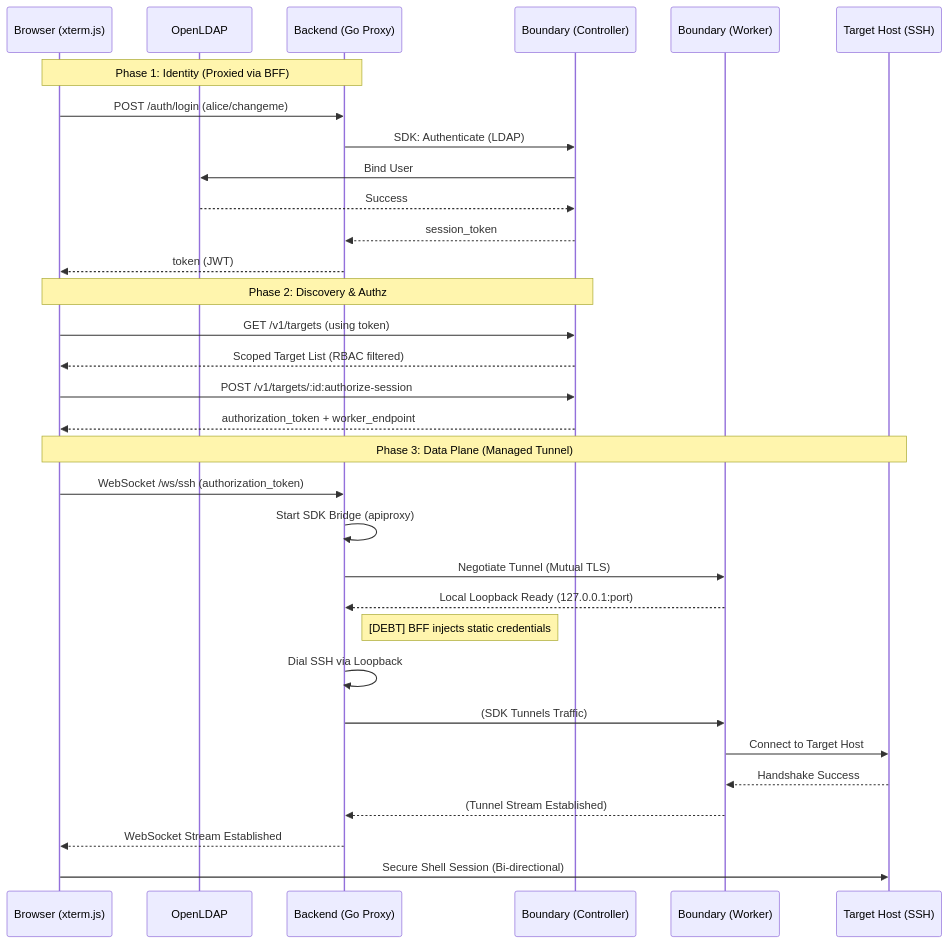
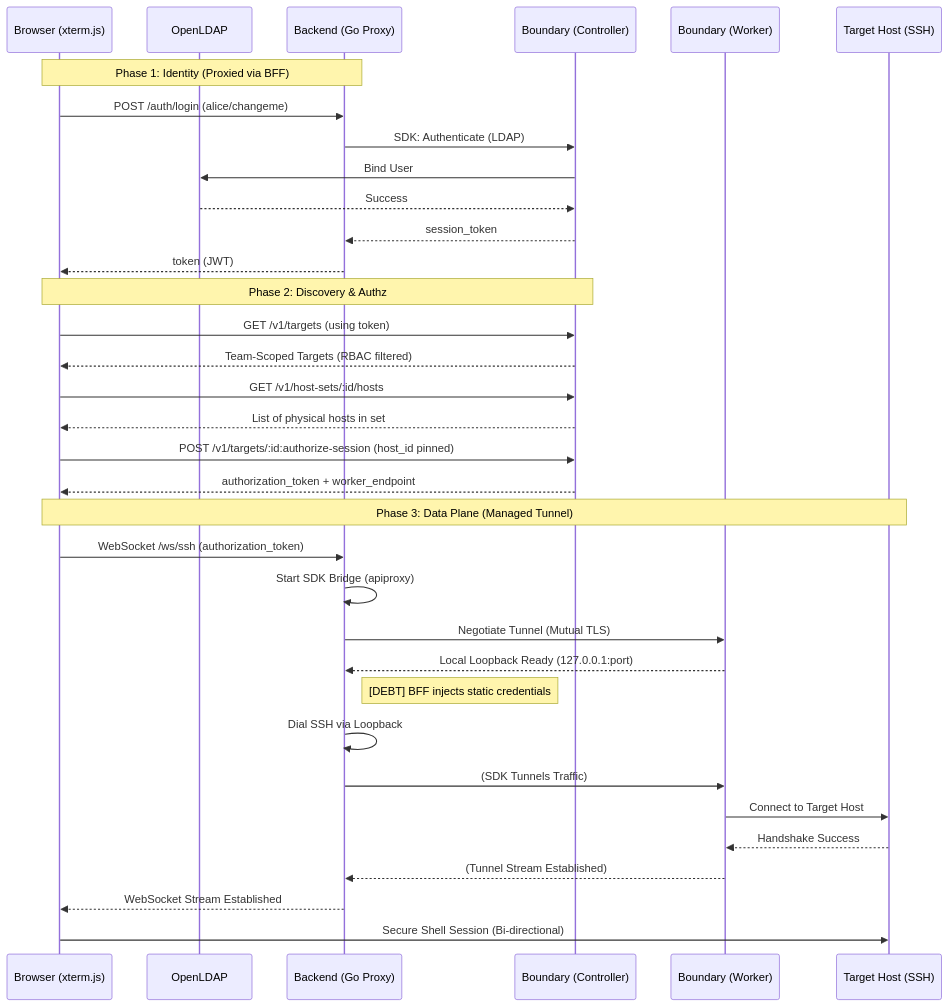
Before and after one commit to arsenyspb/comet-boundary: the second of 2 diagrams in README.md, drawn with Mermaid. The commit also changed other lines of this file and 7 other files, not shown here.

First line of the commit message:
feat: implement HVD host abstraction and team isolation

````diff
--- a/README.md
+++ b/README.md
@@ -62,38 +72,40 @@
 ```mermaid
 sequenceDiagram
     participant User as Browser (xterm.js)
     participant LDAP as OpenLDAP
     participant Back as Backend (Go Proxy)
     participant Bound as Boundary (Controller)
     participant Work as Boundary (Worker)
     participant Host as Target Host (SSH)
 
     Note over User,Back: Phase 1: Identity (Proxied via BFF)
     User->>Back: POST /auth/login (alice/changeme)
     Back->>Bound: SDK: Authenticate (LDAP)
     Bound->>LDAP: Bind User
     LDAP-->>Bound: Success
     Bound-->>Back: session_token
     Back-->>User: token (JWT)
 
     Note over User,Bound: Phase 2: Discovery & Authz
     User->>Bound: GET /v1/targets (using token)
-    Bound-->>User: Scoped Target List (RBAC filtered)
-    User->>Bound: POST /v1/targets/:id:authorize-session
+    Bound-->>User: Team-Scoped Targets (RBAC filtered)
+    User->>Bound: GET /v1/host-sets/:id/hosts
+    Bound-->>User: List of physical hosts in set
+    User->>Bound: POST /v1/targets/:id:authorize-session (host_id pinned)
     Bound-->>User: authorization_token + worker_endpoint
 
     Note over User,Host: Phase 3: Data Plane (Managed Tunnel)
     User->>Back: WebSocket /ws/ssh (authorization_token)
     Back->>Back: Start SDK Bridge (apiproxy)
     Back->>Work: Negotiate Tunnel (Mutual TLS)
     Work-->>Back: Local Loopback Ready (127.0.0.1:port)
     
     Note right of Back: [DEBT] BFF injects static credentials
     Back->>Back: Dial SSH via Loopback
     Back->>Work: (SDK Tunnels Traffic)
     Work->>Host: Connect to Target Host
     Host-->>Work: Handshake Success
     Work-->>Back: (Tunnel Stream Established)
     Back-->>User: WebSocket Stream Established
     User->>Host: Secure Shell Session (Bi-directional)
 ```
````
